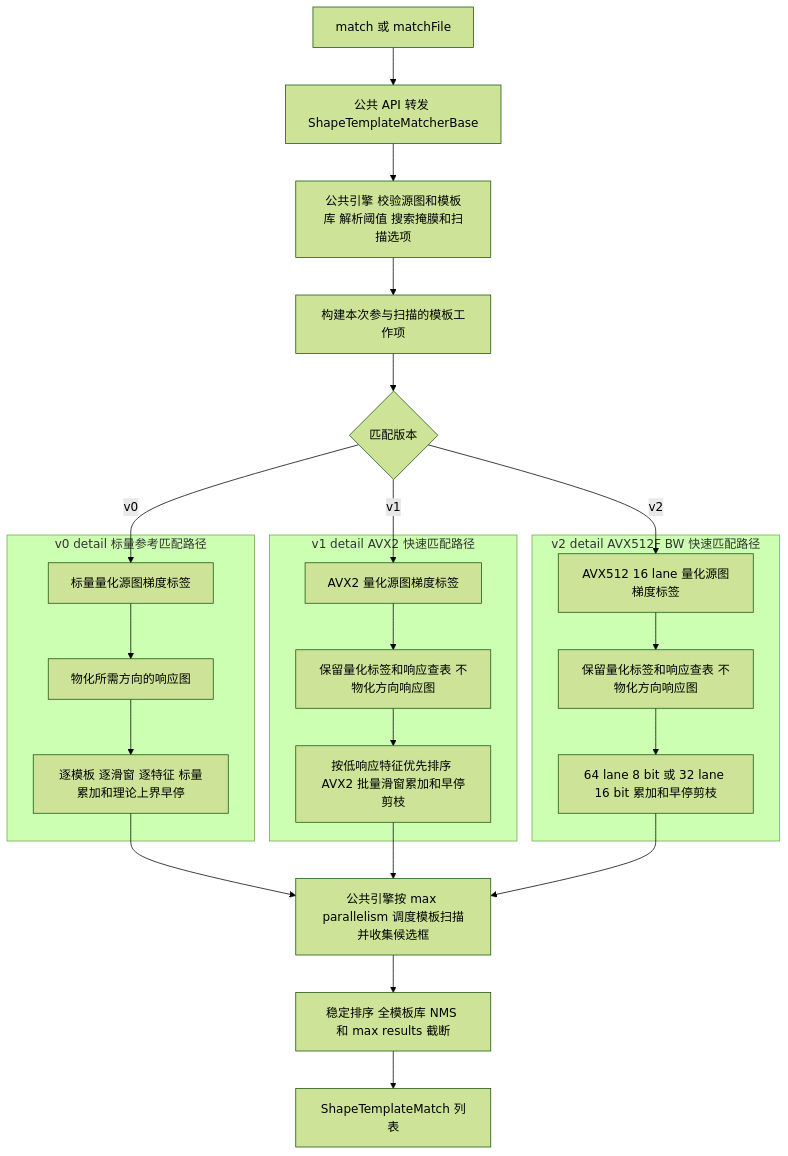
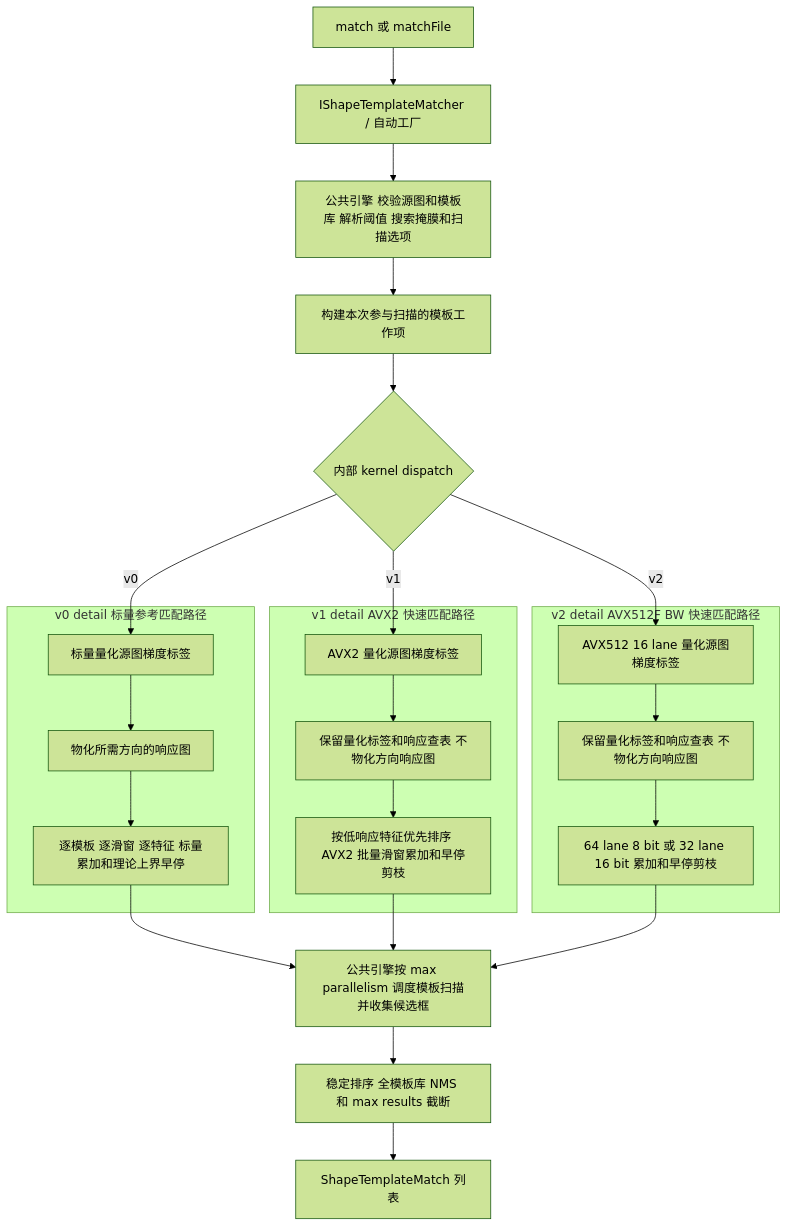
One commit to QWERDF007/InferRT changed the second of 2 diagrams in src/features/ShapeTemplateMatchingFlow.md. Above: the diagram before and after it, drawn with Mermaid (forest theme). The commit also changed other lines of this file and 122 other files, not shown here.

````diff
--- a/src/features/ShapeTemplateMatchingFlow.md
+++ b/src/features/ShapeTemplateMatchingFlow.md
@@ -264,48 +257,48 @@
 ```mermaid
 graph TB
     MatchStart["match 或 matchFile"];
-    MatchApi["公共 API 转发 ShapeTemplateMatcherBase"];
+    MatchApi["IShapeTemplateMatcher / 自动工厂"];
     MatchPrepare["公共引擎 校验源图和模板库 解析阈值 搜索掩膜和扫描选项"];
     MatchWork["构建本次参与扫描的模板工作项"];
-    MatchVersion{"匹配版本"};
+    MatchVersion{"内部 kernel dispatch"};
     MatchStart --> MatchApi;
     MatchApi --> MatchPrepare;
     MatchPrepare --> MatchWork;
     MatchWork --> MatchVersion;
 
     subgraph V0Match["v0 detail 标量参考匹配路径"]
         V0Labels["标量量化源图梯度标签"];
         V0Maps["物化所需方向的响应图"];
         V0Scan["逐模板 逐滑窗 逐特征 标量累加和理论上界早停"];
         V0Labels --> V0Maps;
         V0Maps --> V0Scan;
     end
 
     subgraph V1Match["v1 detail AVX2 快速匹配路径"]
         V1Labels["AVX2 量化源图梯度标签"];
         V1Lookup["保留量化标签和响应查表 不物化方向响应图"];
         V1Scan["按低响应特征优先排序 AVX2 批量滑窗累加和早停剪枝"];
         V1Labels --> V1Lookup;
         V1Lookup --> V1Scan;
     end
 
     subgraph V2Match["v2 detail AVX512F BW 快速匹配路径"]
         V2Labels["AVX512 16 lane 量化源图梯度标签"];
         V2Lookup["保留量化标签和响应查表 不物化方向响应图"];
         V2Scan["64 lane 8 bit 或 32 lane 16 bit 累加和早停剪枝"];
         V2Labels --> V2Lookup;
         V2Lookup --> V2Scan;
     end
 
     MatchVersion -->|v0| V0Labels;
     MatchVersion -->|v1| V1Labels;
     MatchVersion -->|v2| V2Labels;
     MatchCollect["公共引擎按 max parallelism 调度模板扫描并收集候选框"];
     MatchPost["稳定排序 全模板库 NMS 和 max results 截断"];
     MatchResult["ShapeTemplateMatch 列表"];
     V0Scan --> MatchCollect;
     V1Scan --> MatchCollect;
     V2Scan --> MatchCollect;
     MatchCollect --> MatchPost;
     MatchPost --> MatchResult;
 ```
````
